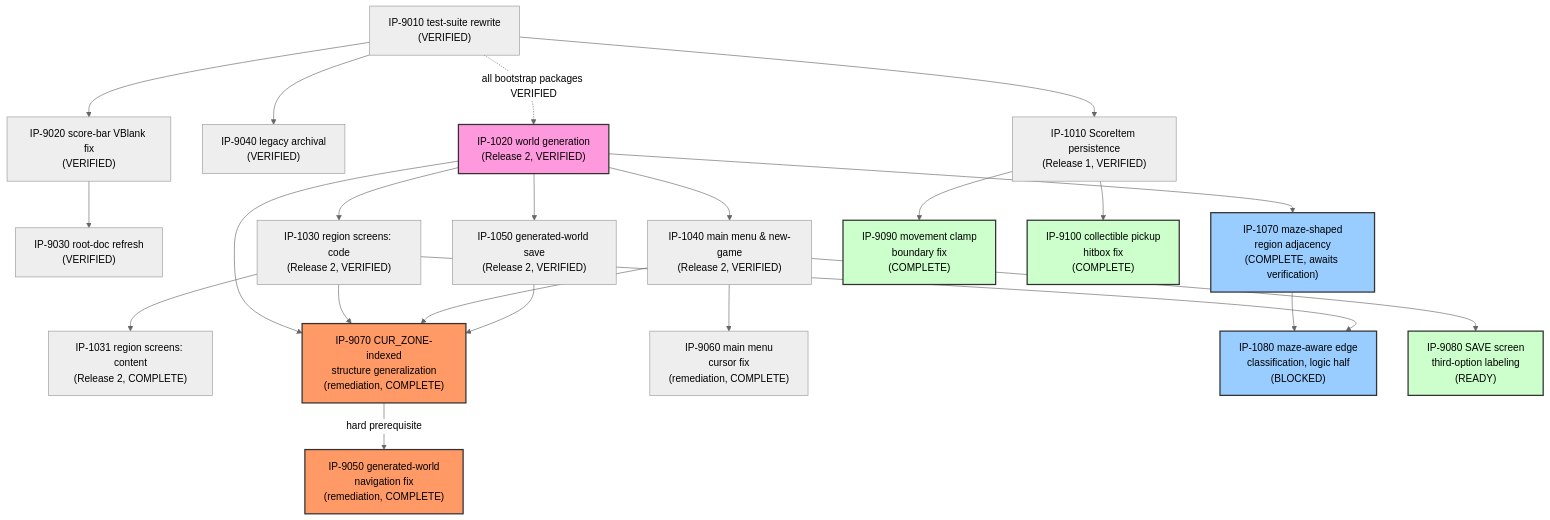
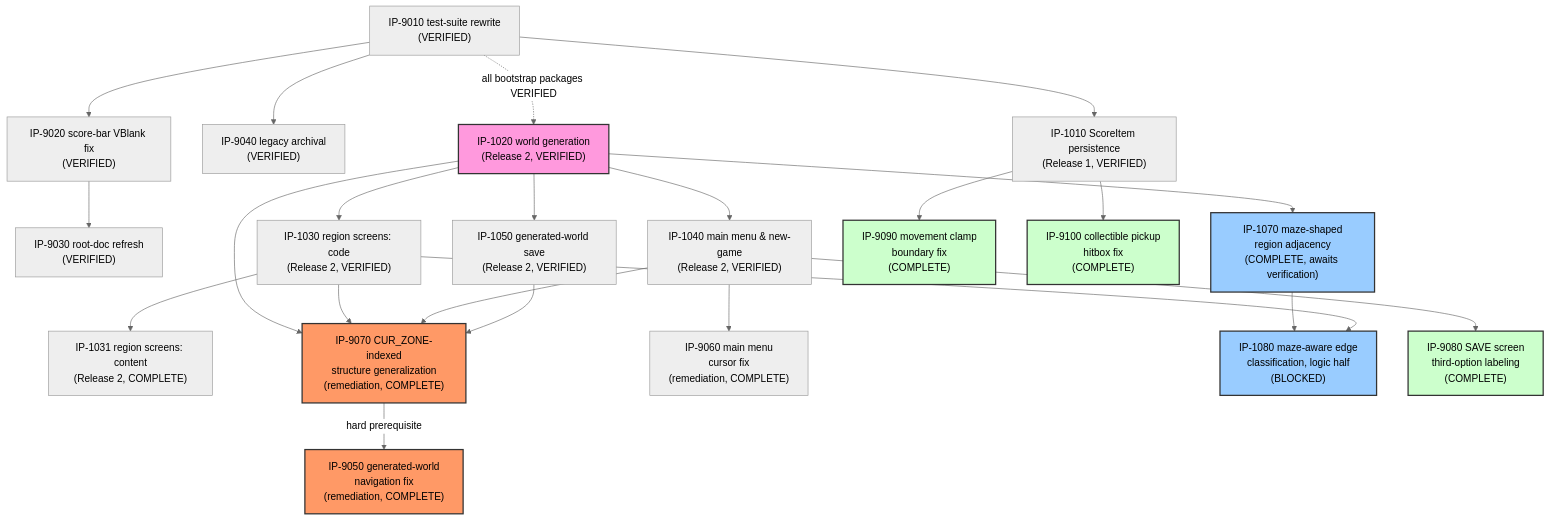
Before and after one commit to Zabin/RsGame: the diagram in docs/implementation/00-master-build-plan.md, drawn with Mermaid (neutral theme). The commit also changed other lines of this file and 8 other files, not shown here.

First line of the commit message:
content(save-screen): IP-9080 -- label the silent third option

````diff
--- a/docs/implementation/00-master-build-plan.md
+++ b/docs/implementation/00-master-build-plan.md
@@ -138,58 +138,58 @@
 ```mermaid
 graph TD
     IP9010["IP-9010 test-suite rewrite<br/>(VERIFIED)"]
     IP9020["IP-9020 score-bar VBlank fix<br/>(VERIFIED)"]
     IP9030["IP-9030 root-doc refresh<br/>(VERIFIED)"]
     IP9040["IP-9040 legacy archival<br/>(VERIFIED)"]
     IP1010["IP-1010 ScoreItem persistence<br/>(Release 1, VERIFIED)"]
     IP9010 --> IP9020
     IP9010 --> IP9040
     IP9010 --> IP1010
     IP9020 --> IP9030
 
     IP1020["IP-1020 world generation<br/>(Release 2, VERIFIED)"]
     IP1030["IP-1030 region screens: code<br/>(Release 2, VERIFIED)"]
     IP1031["IP-1031 region screens: content<br/>(Release 2, COMPLETE)"]
     IP1040["IP-1040 main menu & new-game<br/>(Release 2, VERIFIED)"]
     IP1050["IP-1050 generated-world save<br/>(Release 2, VERIFIED)"]
     IP9010 -.all bootstrap packages VERIFIED.-> IP1020
     IP1020 --> IP1030
     IP1030 --> IP1031
     IP1020 --> IP1040
     IP1020 --> IP1050
 
     style IP1020 fill:#f9d,stroke:#333,stroke-width:2px
 
     IP9070["IP-9070 CUR_ZONE-indexed<br/>structure generalization<br/>(remediation, COMPLETE)"]
     IP9050["IP-9050 generated-world<br/>navigation fix<br/>(remediation, COMPLETE)"]
     IP9060["IP-9060 main menu<br/>cursor fix<br/>(remediation, COMPLETE)"]
     IP1020 --> IP9070
     IP1030 --> IP9070
     IP1040 --> IP9070
     IP1050 --> IP9070
     IP9070 -->|hard prerequisite| IP9050
     IP1040 --> IP9060
 
     style IP9070 fill:#f96,stroke:#333,stroke-width:2px
     style IP9050 fill:#f96,stroke:#333,stroke-width:2px
 
     IP1070["IP-1070 maze-shaped<br/>region adjacency<br/>(COMPLETE, awaits verification)"]
     IP1080["IP-1080 maze-aware edge<br/>classification, logic half<br/>(BLOCKED)"]
     IP1020 --> IP1070
     IP1070 --> IP1080
     IP1030 --> IP1080
 
     style IP1070 fill:#9cf,stroke:#333,stroke-width:2px
     style IP1080 fill:#9cf,stroke:#333,stroke-width:2px
 
     IP9090["IP-9090 movement clamp<br/>boundary fix<br/>(COMPLETE)"]
     IP9100["IP-9100 collectible pickup<br/>hitbox fix<br/>(COMPLETE)"]
-    IP9080["IP-9080 SAVE screen<br/>third-option labeling<br/>(READY)"]
+    IP9080["IP-9080 SAVE screen<br/>third-option labeling<br/>(COMPLETE)"]
     IP1010 --> IP9090
     IP1010 --> IP9100
     IP1040 --> IP9080
 
     style IP9090 fill:#cfc,stroke:#333,stroke-width:2px
     style IP9100 fill:#cfc,stroke:#333,stroke-width:2px
     style IP9080 fill:#cfc,stroke:#333,stroke-width:2px
 ```
````
